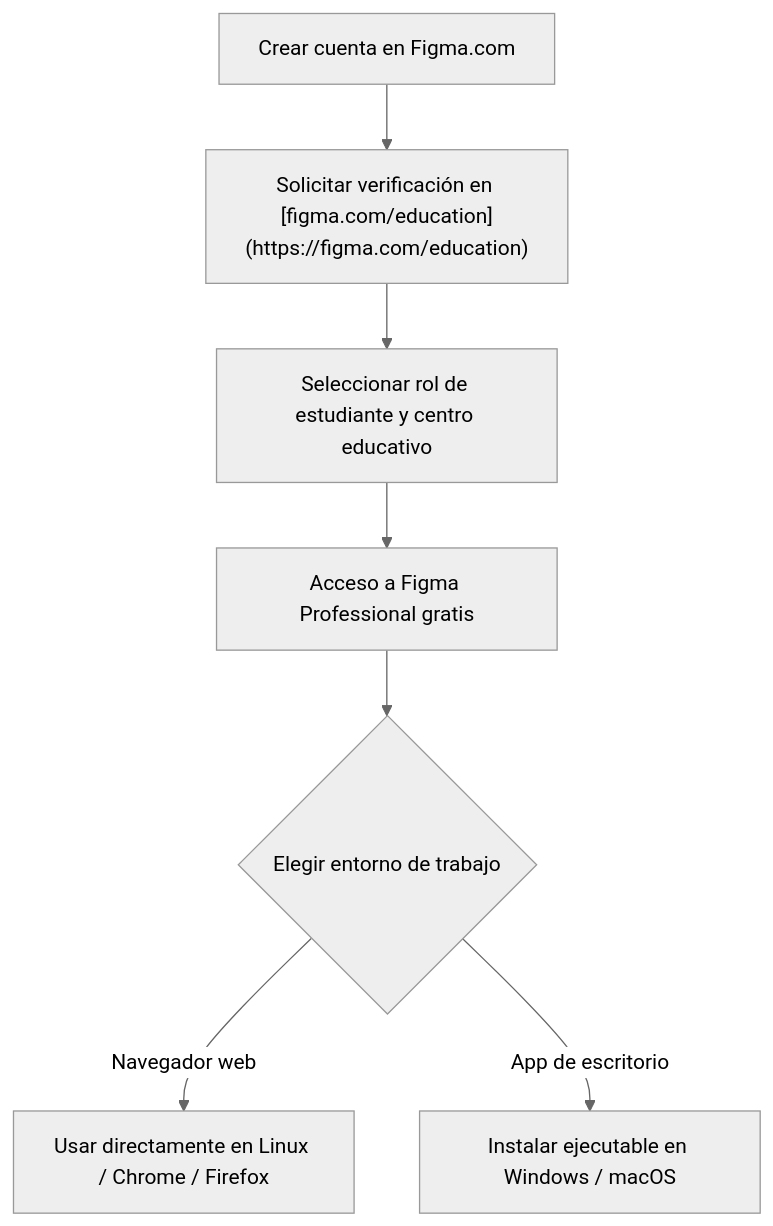
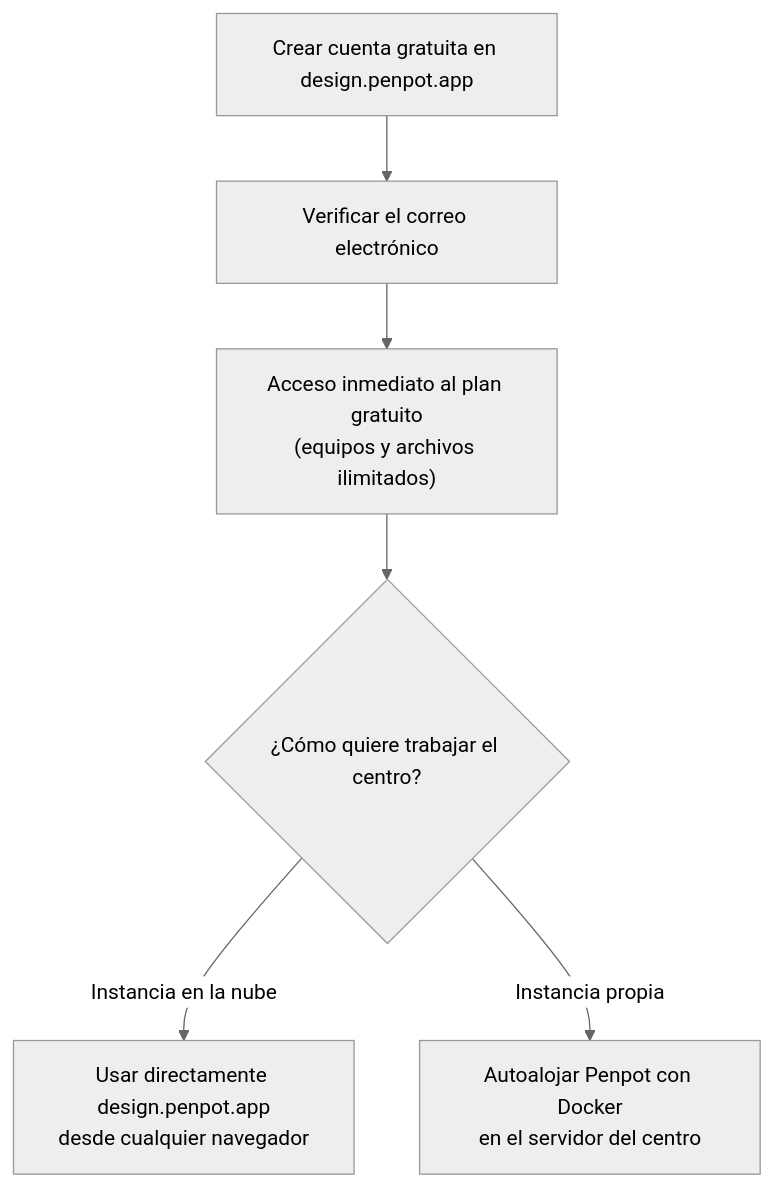
The fifth of 10 diagrams in docs/ud1.md (jmfiorisies/diw), drawn with Mermaid (neutral theme) before and after one commit. The commit also changed other lines of this file and 3 other files, not shown here.

````diff
--- a/docs/ud1.md
+++ b/docs/ud1.md
@@ -222,10 +303,9 @@
 ```mermaid
 flowchart TD
-    A["Crear cuenta en Figma.com"] --> B["Solicitar verificación en [figma.com/education](https://figma.com/education)"]
-    B --> C["Seleccionar rol de estudiante y centro educativo"]
-    C --> D["Acceso a Figma Professional gratis"]
-    D --> E{"Elegir entorno de trabajo"}
-    E -->|Navegador web| F["Usar directamente en Linux / Chrome / Firefox"]
-    E -->|App de escritorio| G["Instalar ejecutable en Windows / macOS"]
+    A["Crear cuenta gratuita en design.penpot.app"] --> B["Verificar el correo electrónico"]
+    B --> C["Acceso inmediato al plan gratuito<br/>(equipos y archivos ilimitados)"]
+    C --> D{"¿Cómo quiere trabajar el centro?"}
+    D -->|Instancia en la nube| E["Usar directamente design.penpot.app<br/>desde cualquier navegador"]
+    D -->|Instancia propia| F["Autoalojar Penpot con Docker<br/>en el servidor del centro"]
 
 ```
````
